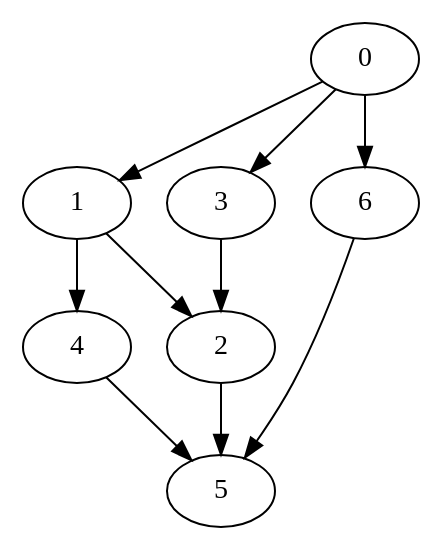
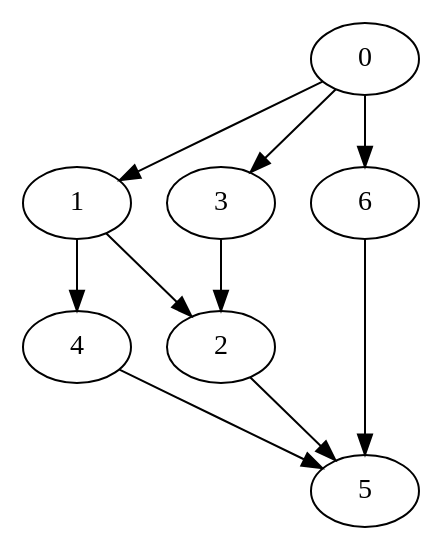
Before and after one commit to lejeunel/ksp: the diagram in examples/example.dot, drawn with Graphviz. The commit also changed 29 other files, not shown here.

```diff
--- a/examples/example.dot
+++ b/examples/example.dot
@@ -1,12 +1,12 @@
 digraph {
   // labelled, weighted edges
   0 -> 1[weight="1"];
   0 -> 6[weight="7"];
   1 -> 2[weight="1"];
   2 -> 5[weight="1"];
   0 -> 3[weight="4"];
   3 -> 2[weight="1"];
-  6 -> 5[weight="1"];
+  6 -> 5[weight="3"];
   1 -> 4[weight="3"];
   4 -> 5[weight="1"];
 }
```
